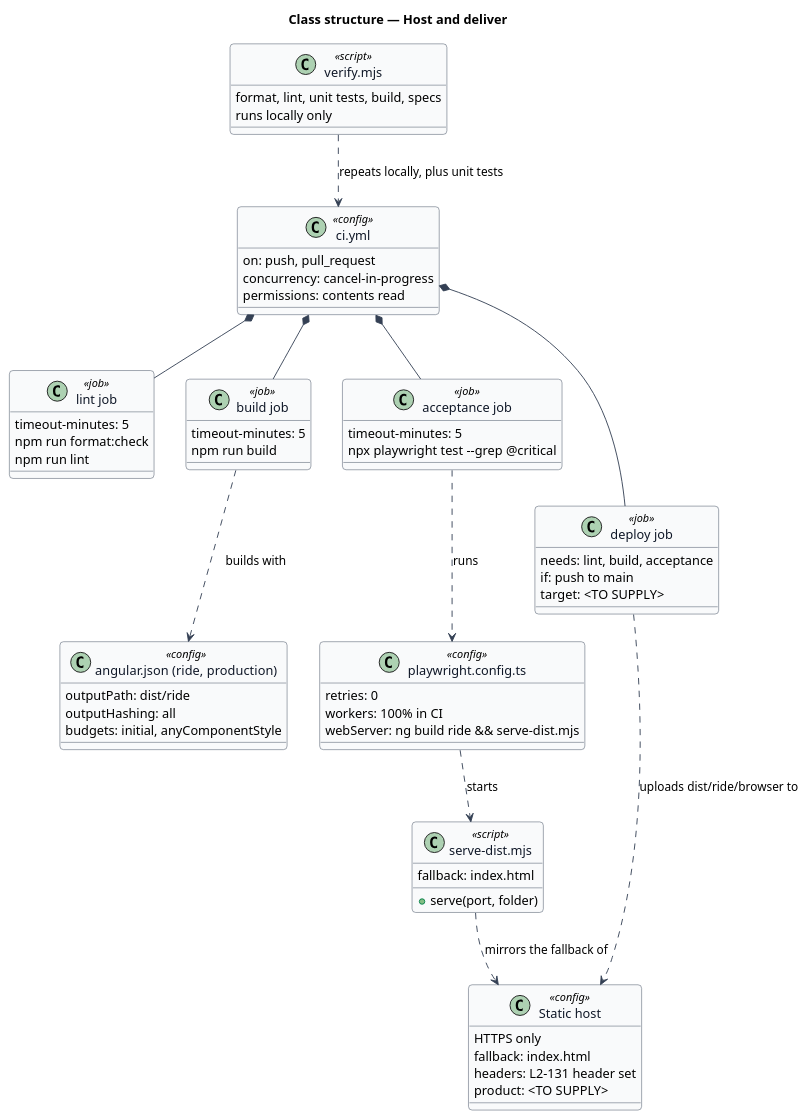
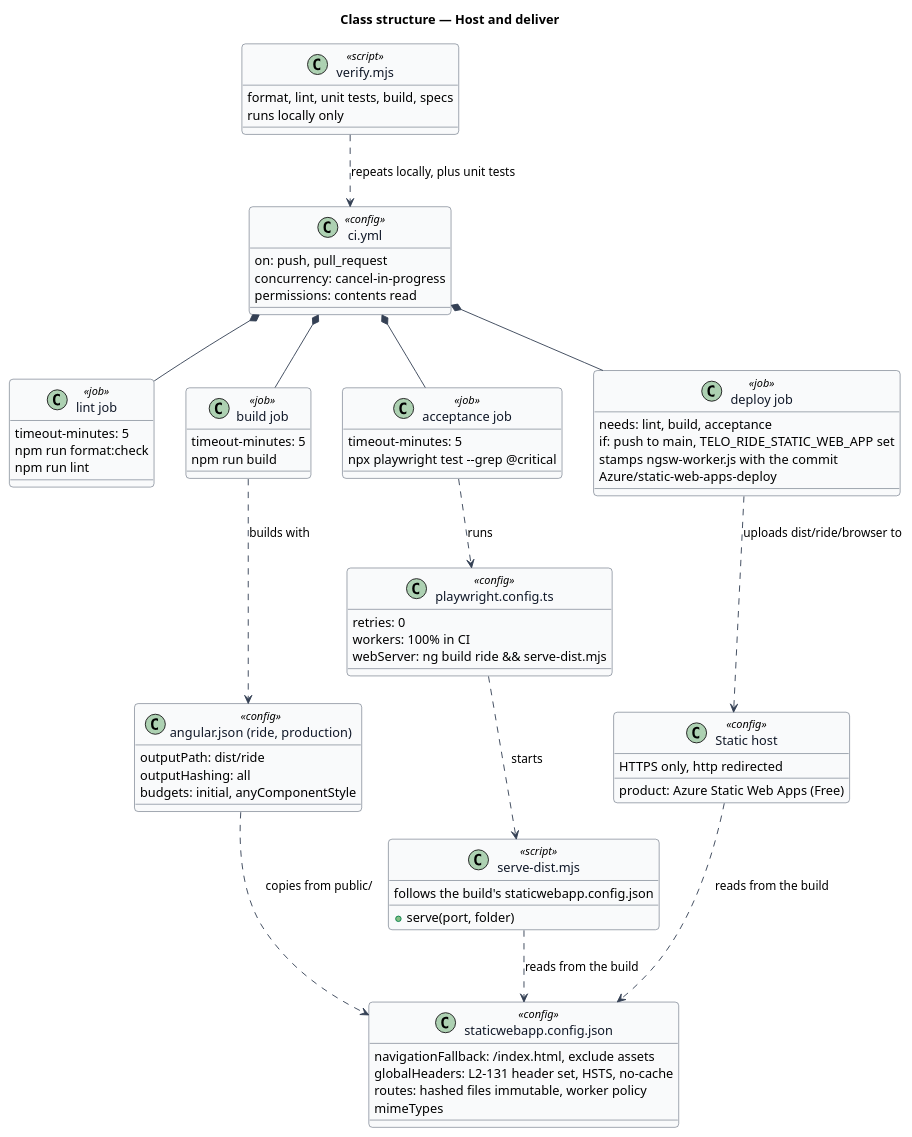
One commit to QuinntyneBrown/ride-one changed the diagram in docs/detailed-designs/platform/host-and-deliver/diagrams/class-structure.puml. Above: the diagram before and after it, drawn with PlantUML. The commit also changed 143 other files, not shown here.

First line of the commit message:
Slice 28.8: host as static files, the backend removed

```diff
--- a/docs/detailed-designs/platform/host-and-deliver/diagrams/class-structure.puml
+++ b/docs/detailed-designs/platform/host-and-deliver/diagrams/class-structure.puml
@@ -1,83 +1,91 @@
 @startuml
 ' --- shared skin header ---
 skinparam backgroundColor #FFFFFF
 skinparam shadowing false
 skinparam roundcorner 8
 skinparam defaultFontName Arial
 skinparam ArrowColor #344054
 skinparam class {
   BorderColor #344054
   FontColor #101828
   BackgroundColor #F9FAFB
 }
 ' --------------------------
 title Class structure — Host and deliver
 
 class "ci.yml" as Workflow <<config>> {
   on: push, pull_request
   concurrency: cancel-in-progress
   permissions: contents read
 }
 
 class "lint job" as Lint <<job>> {
   timeout-minutes: 5
   npm run format:check
   npm run lint
 }
 
 class "build job" as Build <<job>> {
   timeout-minutes: 5
   npm run build
 }
 
 class "acceptance job" as Acceptance <<job>> {
   timeout-minutes: 5
   npx playwright test --grep @critical
 }
 
 class "deploy job" as Deploy <<job>> {
   needs: lint, build, acceptance
-  if: push to main
-  target: <TO SUPPLY>
+  if: push to main, TELO_RIDE_STATIC_WEB_APP set
+  stamps ngsw-worker.js with the commit
+  Azure/static-web-apps-deploy
 }
 
 class "Static host" as Host <<config>> {
-  HTTPS only
-  fallback: index.html
-  headers: L2-131 header set
-  product: <TO SUPPLY>
+  product: Azure Static Web Apps (Free)
+  HTTPS only, http redirected
+}
+
+class "staticwebapp.config.json" as HostConfig <<config>> {
+  navigationFallback: /index.html, exclude assets
+  globalHeaders: L2-131 header set, HSTS, no-cache
+  routes: hashed files immutable, worker policy
+  mimeTypes
 }
 
 class "angular.json (ride, production)" as Angular <<config>> {
   outputPath: dist/ride
   outputHashing: all
   budgets: initial, anyComponentStyle
 }
 
 class "playwright.config.ts" as Playwright <<config>> {
   retries: 0
   workers: 100% in CI
   webServer: ng build ride && serve-dist.mjs
 }
 
 class "serve-dist.mjs" as Serve <<script>> {
   +serve(port, folder)
-  fallback: index.html
+  follows the build's staticwebapp.config.json
 }
 
 class "verify.mjs" as Verify <<script>> {
   format, lint, unit tests, build, specs
   runs locally only
 }
 
 Workflow *-- Lint
 Workflow *-- Build
 Workflow *-- Acceptance
 Workflow *-- Deploy
 Build ..> Angular : builds with
 Acceptance ..> Playwright : runs
 Playwright ..> Serve : starts
 Deploy ..> Host : uploads dist/ride/browser to
-Serve ..> Host : mirrors the fallback of
+Serve ..> HostConfig : reads from the build
+Host ..> HostConfig : reads from the build
+Angular ..> HostConfig : copies from public/
 Verify ..> Workflow : repeats locally, plus unit tests
 @enduml
```
